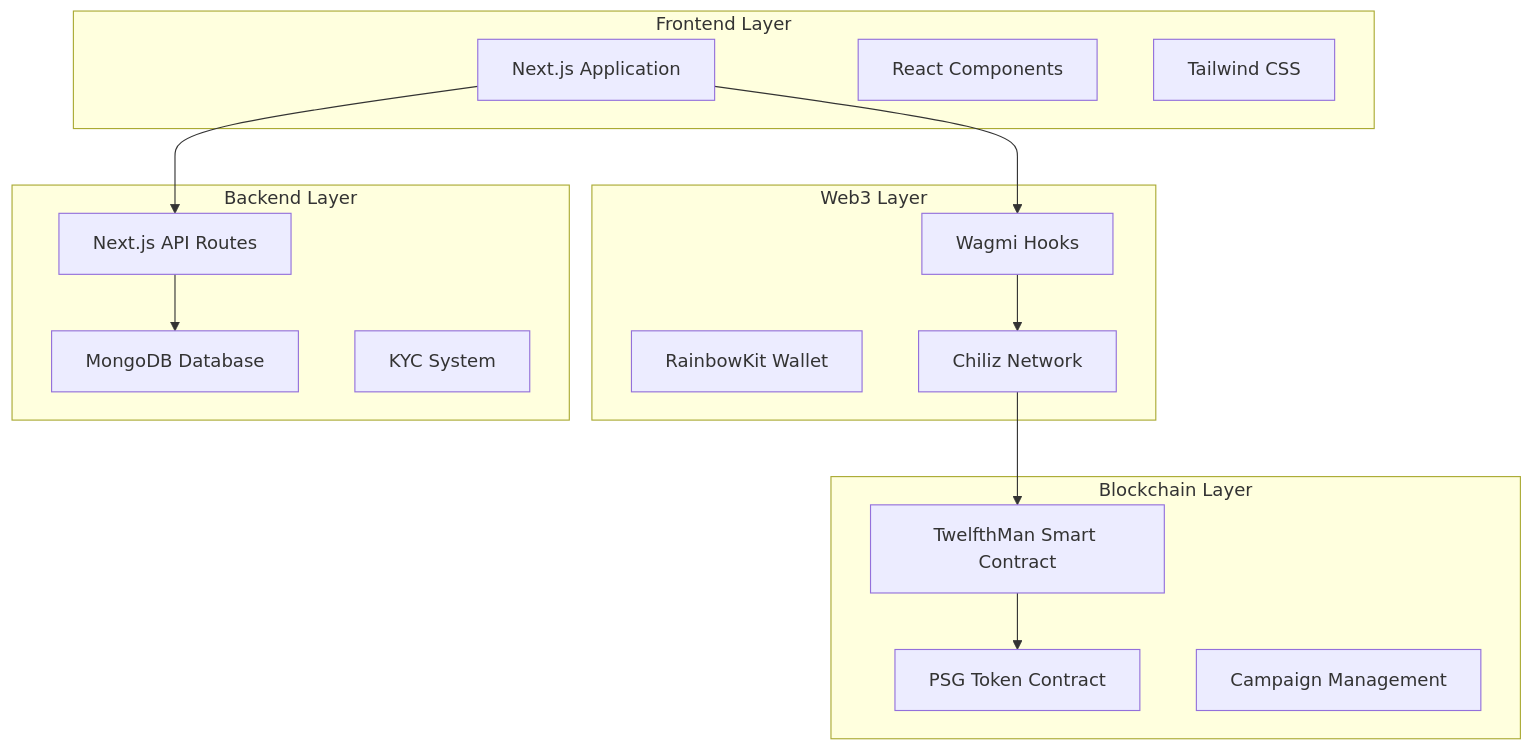
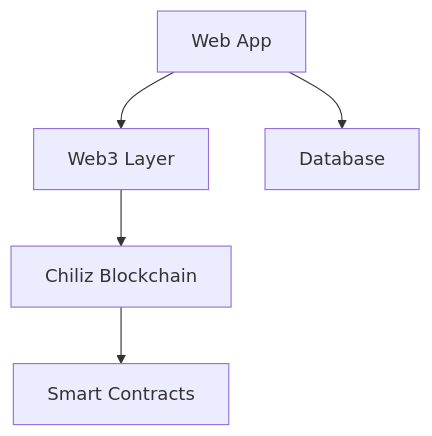
Before and after one commit to Mariussgal/12th_man_app: the first of 3 diagrams in README.md, drawn with Mermaid. The commit also changed other lines of this file, not shown here.

````diff
--- a/README.md
+++ b/README.md
@@ -34,33 +34,7 @@
 ```mermaid
 graph TB
-    subgraph "Frontend Layer"
-        A[Next.js Application]
-        B[React Components]
-        C[Tailwind CSS]
-    end
-    
-    subgraph "Web3 Layer"
-        D[Wagmi Hooks]
-        E[RainbowKit Wallet]
-        F[Chiliz Network]
-    end
-    
-    subgraph "Backend Layer"
-        G[Next.js API Routes]
-        H[MongoDB Database]
-        I[KYC System]
-    end
-    
-    subgraph "Blockchain Layer"
-        J[TwelfthMan Smart Contract]
-        K[PSG Token Contract]
-        L[Campaign Management]
-    end
-    
-    A --> D
-    D --> F
-    G --> H
-    J --> K
-    F --> J
-    A --> G
+    A[Web App] --> B[Web3 Layer]
+    B --> C[Chiliz Blockchain]
+    A --> D[Database]
+    C --> E[Smart Contracts]
 ```
````
